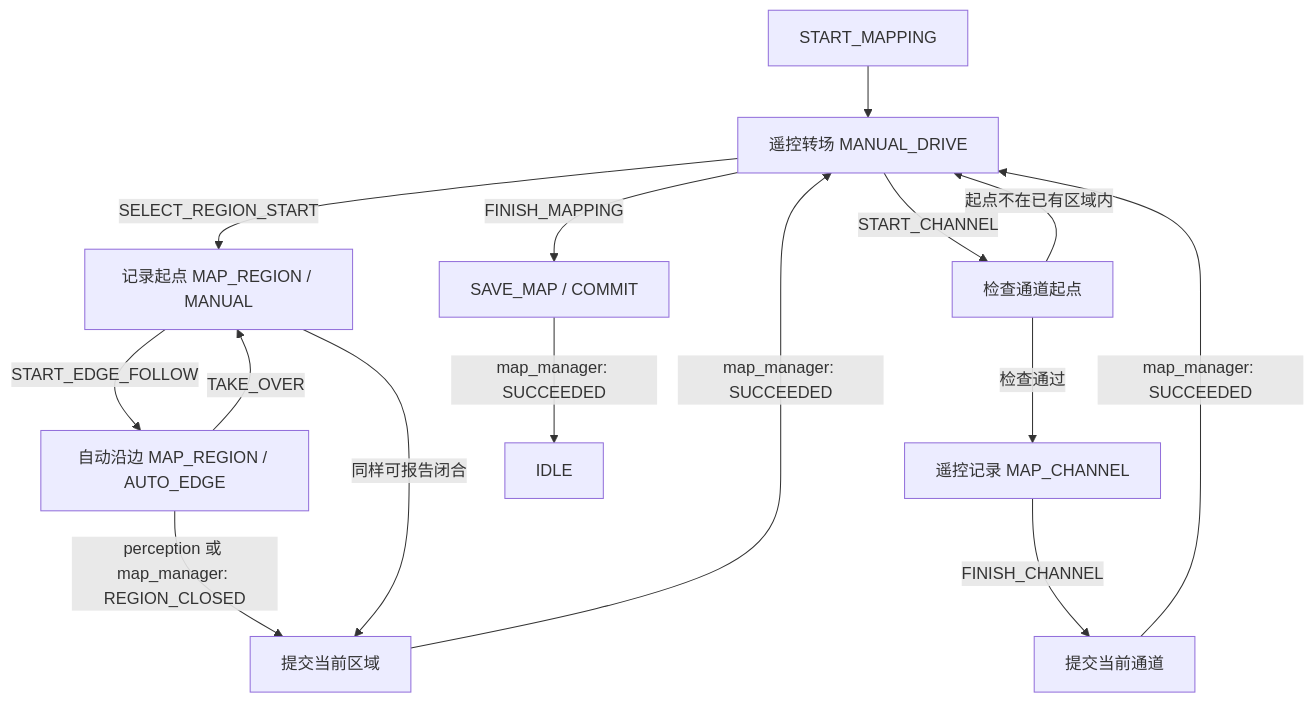
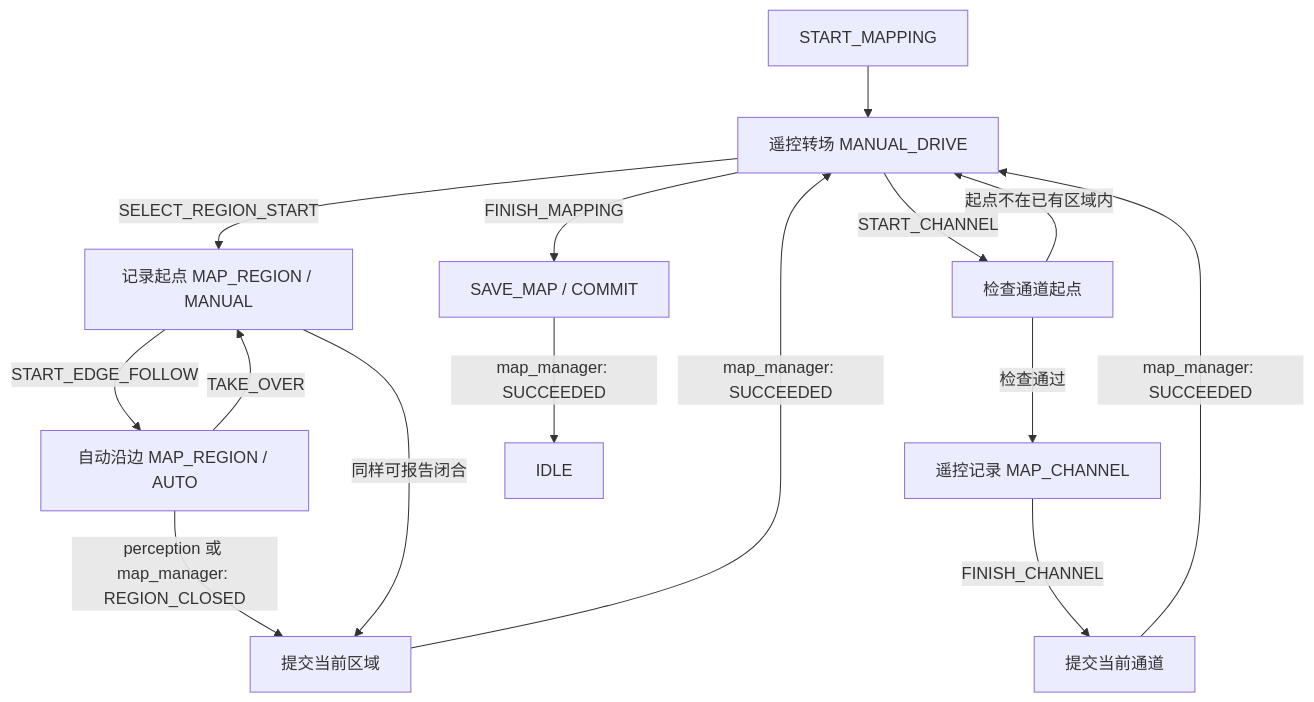
Before and after one commit to PU-UP/robotic-mower: the diagram in brain/MAPPING.md, drawn with Mermaid. The commit also changed other lines of this file and 11 other files, not shown here.

````diff
--- a/brain/MAPPING.md
+++ b/brain/MAPPING.md
@@ -5,17 +5,17 @@
 ```mermaid
 flowchart TD
     A[START_MAPPING] --> B[遥控转场 MANUAL_DRIVE]
     B -->|SELECT_REGION_START| C[记录起点 MAP_REGION / MANUAL]
-    C -->|START_EDGE_FOLLOW| D[自动沿边 MAP_REGION / AUTO_EDGE]
+    C -->|START_EDGE_FOLLOW| D[自动沿边 MAP_REGION / AUTO]
     D -->|TAKE_OVER| C
     D -->|perception 或 map_manager: REGION_CLOSED| E[提交当前区域]
     C -->|同样可报告闭合| E
     E -->|map_manager: SUCCEEDED| B
     B -->|START_CHANNEL| F[检查通道起点]
     F -->|起点不在已有区域内| B
     F -->|检查通过| G[遥控记录 MAP_CHANNEL]
     G -->|FINISH_CHANNEL| H[提交当前通道]
     H -->|map_manager: SUCCEEDED| B
     B -->|FINISH_MAPPING| I[SAVE_MAP / COMMIT]
     I -->|map_manager: SUCCEEDED| J[IDLE]
 ```
````
